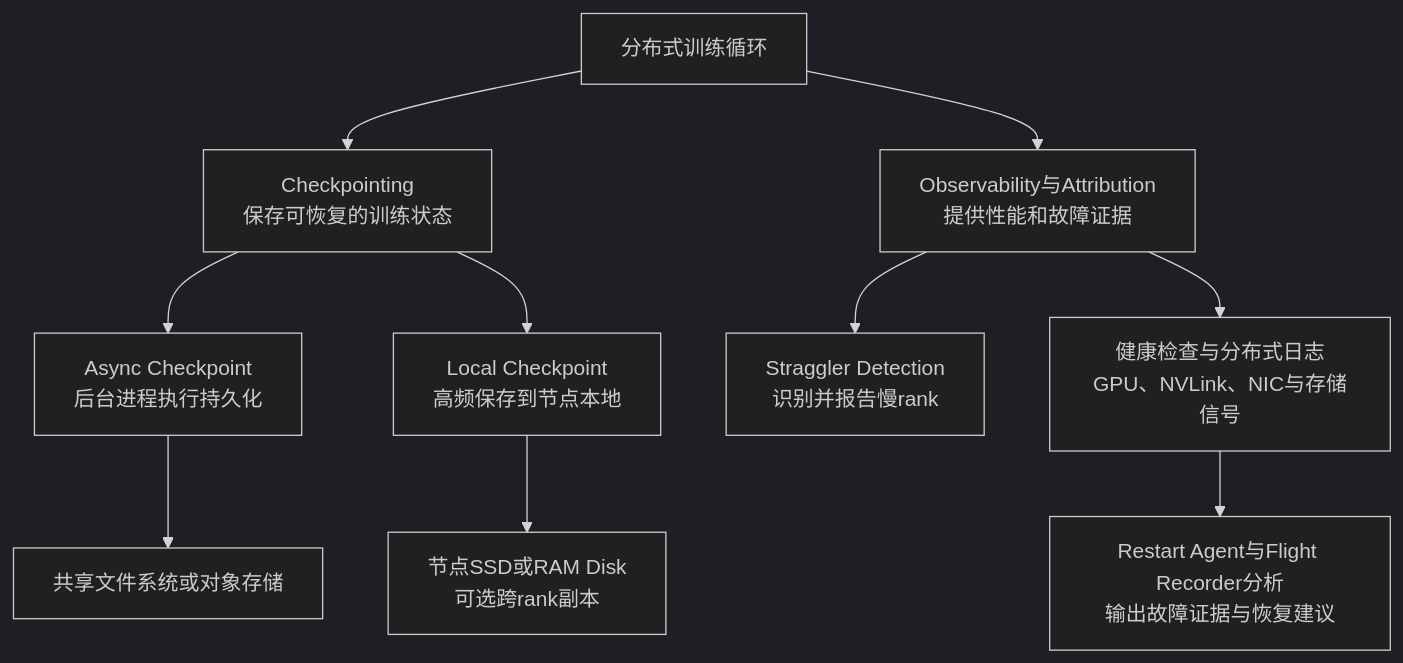
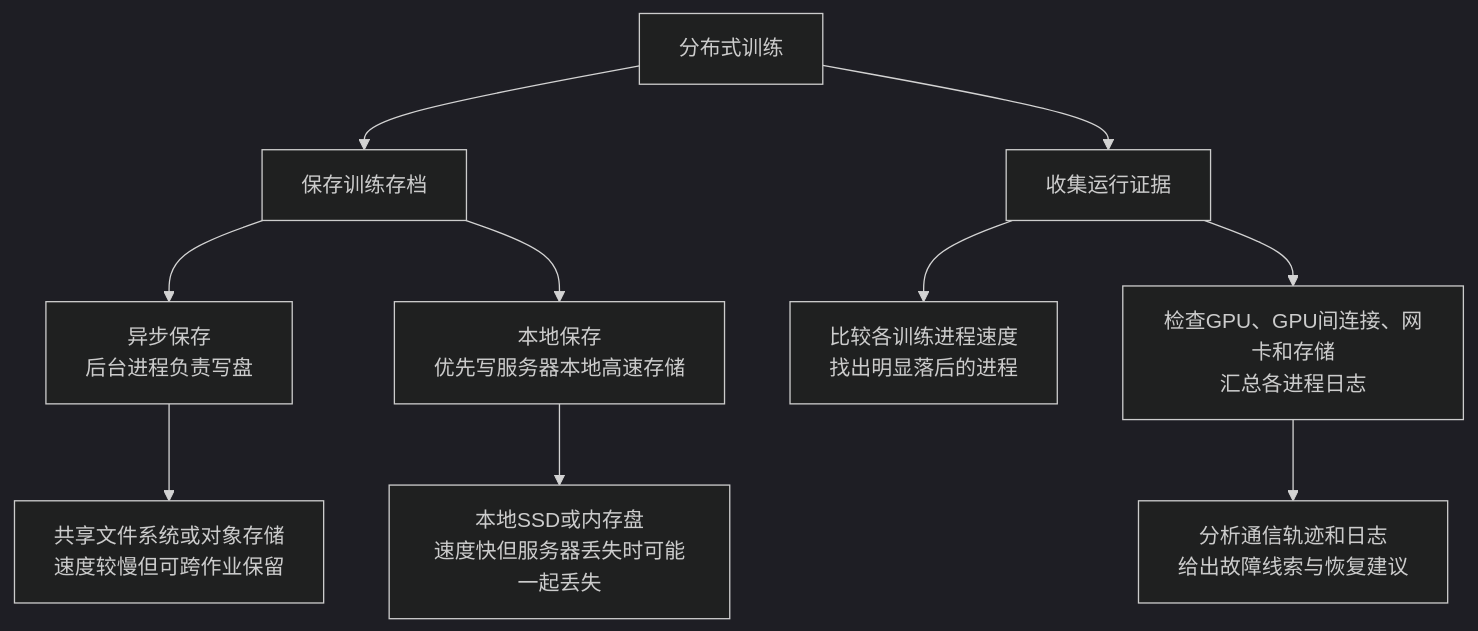
The second of 3 diagrams in docs/docs/1000-AI技术/600-训练微调/200-开发训练组件/1000-NVIDIA Resiliency Extension项目调研.md (gqcn/johns-blog), drawn with Mermaid (dark theme) before and after one commit. The commit also changed other lines of this file, not shown here.

````diff
--- a/docs/docs/1000-AI技术/600-训练微调/200-开发训练组件/1000-NVIDIA Resiliency Extension项目调研.md
+++ b/docs/docs/1000-AI技术/600-训练微调/200-开发训练组件/1000-NVIDIA Resiliency Extension项目调研.md
@@ -105,14 +122,14 @@
 ```mermaid
 flowchart TB
-    T["分布式训练循环"] --> C["Checkpointing<br/>保存可恢复的训练状态"]
-    T --> O["Observability与Attribution<br/>提供性能和故障证据"]
+    T["分布式训练"] --> C["保存训练存档"]
+    T --> O["收集运行证据"]
 
-    C --> AC["Async Checkpoint<br/>后台进程执行持久化"]
-    C --> LC["Local Checkpoint<br/>高频保存到节点本地"]
-    AC --> GS["共享文件系统或对象存储"]
-    LC --> LS["节点SSD或RAM Disk<br/>可选跨rank副本"]
+    C --> AC["异步保存<br/>后台进程负责写盘"]
+    C --> LC["本地保存<br/>优先写服务器本地高速存储"]
+    AC --> GS["共享文件系统或对象存储<br/>速度较慢但可跨作业保留"]
+    LC --> LS["本地SSD或内存盘<br/>速度快但服务器丢失时可能一起丢失"]
 
-    O --> SD["Straggler Detection<br/>识别并报告慢rank"]
-    O --> HL["健康检查与分布式日志<br/>GPU、NVLink、NIC与存储信号"]
-    HL --> AT["Restart Agent与Flight Recorder分析<br/>输出故障证据与恢复建议"]
+    O --> SD["比较各训练进程速度<br/>找出明显落后的进程"]
+    O --> HL["检查GPU、GPU间连接、网卡和存储<br/>汇总各进程日志"]
+    HL --> AT["分析通信轨迹和日志<br/>给出故障线索与恢复建议"]
 ```
````
